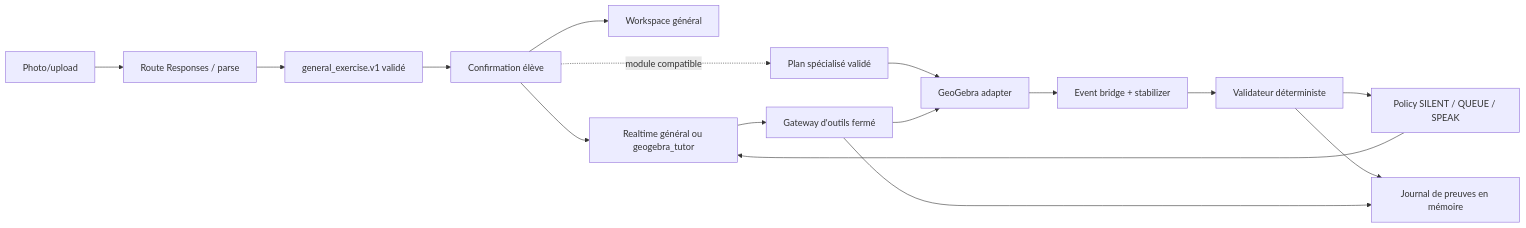
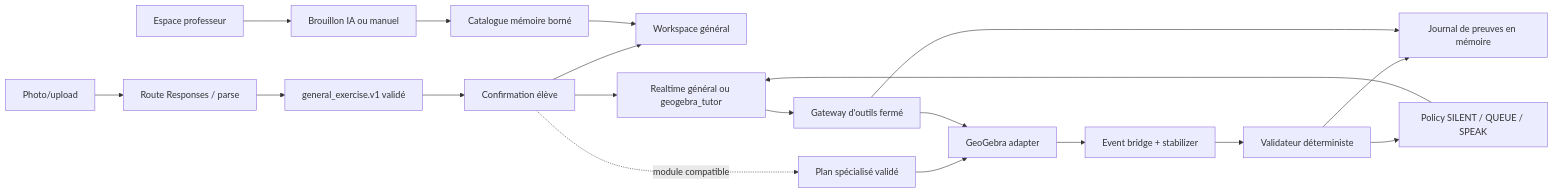
Before and after one commit to VincentNinIA/Compass: the diagram in docs/ARCHITECTURE.md, drawn with Mermaid. The commit also changed other lines of this file and 60 other files, not shown here.

````diff
--- a/docs/ARCHITECTURE.md
+++ b/docs/ARCHITECTURE.md
@@ -353,18 +425,21 @@
 ```mermaid
 flowchart LR
     Photo["Photo/upload"] --> Parse["Route Responses / parse"]
     Parse --> General["general_exercise.v1 validé"]
     General --> Confirm["Confirmation élève"]
     Confirm --> UI["Workspace général"]
+    Teacher["Espace professeur"] --> Draft["Brouillon IA ou manuel"]
+    Draft --> Catalog["Catalogue mémoire borné"]
+    Catalog --> UI
     Confirm --> RTC["Realtime général ou geogebra_tutor"]
     Confirm -. "module compatible" .-> Plan["Plan spécialisé validé"]
     Plan --> GGB["GeoGebra adapter"]
     GGB --> Events["Event bridge + stabilizer"]
     Events --> Validate["Validateur déterministe"]
     Validate --> Policy["Policy SILENT / QUEUE / SPEAK"]
     Policy --> RTC
     RTC --> Gateway["Gateway d'outils fermé"]
     Gateway --> GGB
     Validate --> Evidence["Journal de preuves en mémoire"]
     Gateway --> Evidence
 ```
````
